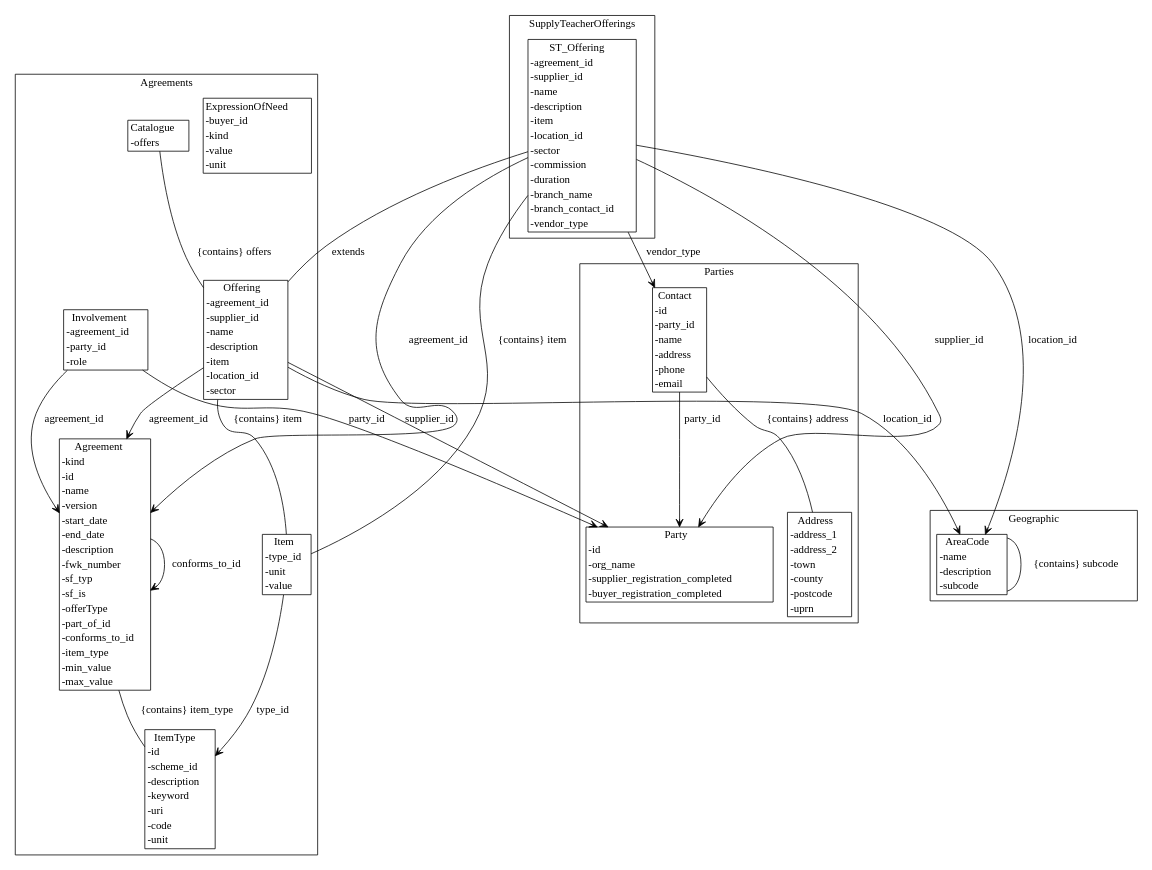
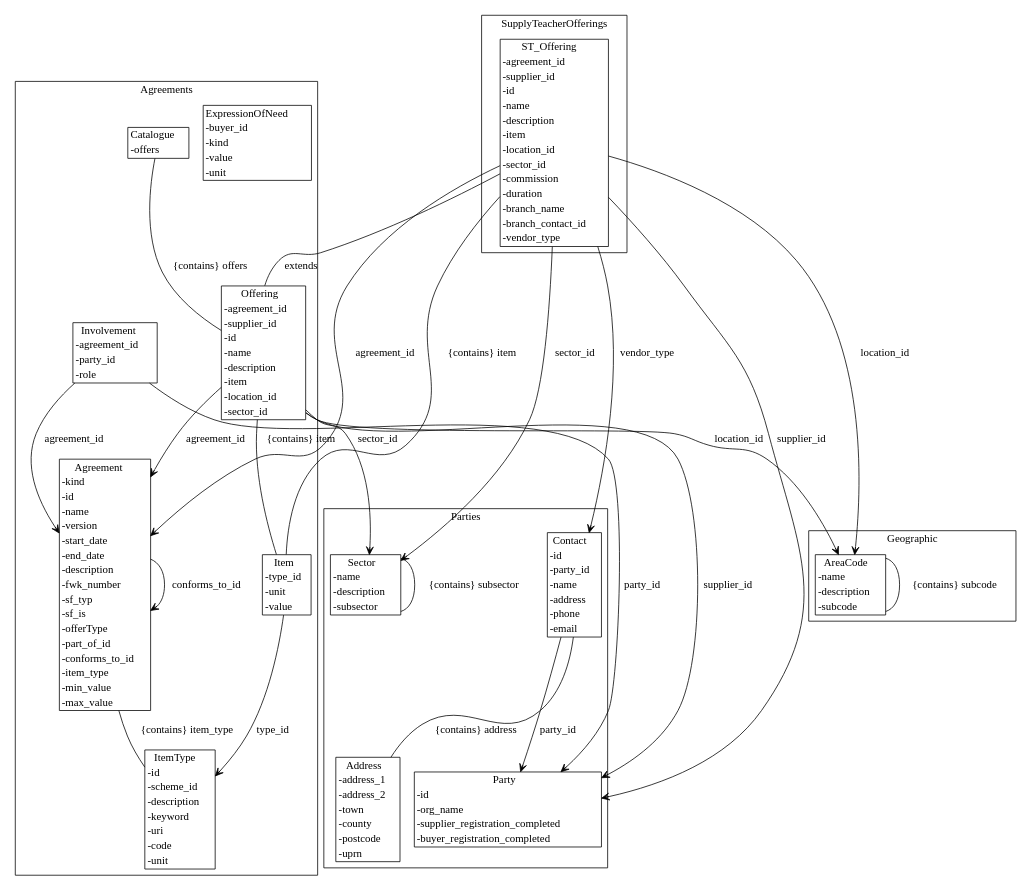
The diagram in agreement-design/gen/diagrams/metamodel.dot (Crown-Commercial-Service/cmp-design-prototype), drawn with Graphviz before and after one commit. The commit also changed 17 other files, not shown here.

```diff
--- a/agreement-design/gen/diagrams/metamodel.dot
+++ b/agreement-design/gen/diagrams/metamodel.dot
@@ -1,51 +1,55 @@
 strict digraph {
 subgraph cluster_Agreements {
 node [shape=plaintext margin=0];
 label=Agreements;
 "ItemType" [label=<<table BORDER="1" CELLBORDER="0" CELLSPACING="0"><TH><TD>ItemType</TD></TH><TR><TD ALIGN="LEFT">-id</TD></TR><TR><TD ALIGN="LEFT">-scheme_id</TD></TR><TR><TD ALIGN="LEFT">-description</TD></TR><TR><TD ALIGN="LEFT">-keyword</TD></TR><TR><TD ALIGN="LEFT">-uri</TD></TR><TR><TD ALIGN="LEFT">-code</TD></TR><TR><TD ALIGN="LEFT">-unit</TD></TR></table>>];
 "ExpressionOfNeed" [label=<<table BORDER="1" CELLBORDER="0" CELLSPACING="0"><TH><TD>ExpressionOfNeed</TD></TH><TR><TD ALIGN="LEFT">-buyer_id</TD></TR><TR><TD ALIGN="LEFT">-kind</TD></TR><TR><TD ALIGN="LEFT">-value</TD></TR><TR><TD ALIGN="LEFT">-unit</TD></TR></table>>];
 "Agreement" [label=<<table BORDER="1" CELLBORDER="0" CELLSPACING="0"><TH><TD>Agreement</TD></TH><TR><TD ALIGN="LEFT">-kind</TD></TR><TR><TD ALIGN="LEFT">-id</TD></TR><TR><TD ALIGN="LEFT">-name</TD></TR><TR><TD ALIGN="LEFT">-version</TD></TR><TR><TD ALIGN="LEFT">-start_date</TD></TR><TR><TD ALIGN="LEFT">-end_date</TD></TR><TR><TD ALIGN="LEFT">-description</TD></TR><TR><TD ALIGN="LEFT">-fwk_number</TD></TR><TR><TD ALIGN="LEFT">-sf_typ</TD></TR><TR><TD ALIGN="LEFT">-sf_is</TD></TR><TR><TD ALIGN="LEFT">-offerType</TD></TR><TR><TD ALIGN="LEFT">-part_of_id</TD></TR><TR><TD ALIGN="LEFT">-conforms_to_id</TD></TR><TR><TD ALIGN="LEFT">-item_type</TD></TR><TR><TD ALIGN="LEFT">-min_value</TD></TR><TR><TD ALIGN="LEFT">-max_value</TD></TR></table>>];
 "Item" [label=<<table BORDER="1" CELLBORDER="0" CELLSPACING="0"><TH><TD>Item</TD></TH><TR><TD ALIGN="LEFT">-type_id</TD></TR><TR><TD ALIGN="LEFT">-unit</TD></TR><TR><TD ALIGN="LEFT">-value</TD></TR></table>>];
-"Offering" [label=<<table BORDER="1" CELLBORDER="0" CELLSPACING="0"><TH><TD>Offering</TD></TH><TR><TD ALIGN="LEFT">-agreement_id</TD></TR><TR><TD ALIGN="LEFT">-supplier_id</TD></TR><TR><TD ALIGN="LEFT">-name</TD></TR><TR><TD ALIGN="LEFT">-description</TD></TR><TR><TD ALIGN="LEFT">-item</TD></TR><TR><TD ALIGN="LEFT">-location_id</TD></TR><TR><TD ALIGN="LEFT">-sector</TD></TR></table>>];
+"Offering" [label=<<table BORDER="1" CELLBORDER="0" CELLSPACING="0"><TH><TD>Offering</TD></TH><TR><TD ALIGN="LEFT">-agreement_id</TD></TR><TR><TD ALIGN="LEFT">-supplier_id</TD></TR><TR><TD ALIGN="LEFT">-id</TD></TR><TR><TD ALIGN="LEFT">-name</TD></TR><TR><TD ALIGN="LEFT">-description</TD></TR><TR><TD ALIGN="LEFT">-item</TD></TR><TR><TD ALIGN="LEFT">-location_id</TD></TR><TR><TD ALIGN="LEFT">-sector_id</TD></TR></table>>];
 "Catalogue" [label=<<table BORDER="1" CELLBORDER="0" CELLSPACING="0"><TH><TD>Catalogue</TD></TH><TR><TD ALIGN="LEFT">-offers</TD></TR></table>>];
 "Involvement" [label=<<table BORDER="1" CELLBORDER="0" CELLSPACING="0"><TH><TD>Involvement</TD></TH><TR><TD ALIGN="LEFT">-agreement_id</TD></TR><TR><TD ALIGN="LEFT">-party_id</TD></TR><TR><TD ALIGN="LEFT">-role</TD></TR></table>>];
 }
 subgraph cluster_Parties {
 node [shape=plaintext margin=0];
 label=Parties;
 "Party" [label=<<table BORDER="1" CELLBORDER="0" CELLSPACING="0"><TH><TD>Party</TD></TH><TR><TD ALIGN="LEFT">-id</TD></TR><TR><TD ALIGN="LEFT">-org_name</TD></TR><TR><TD ALIGN="LEFT">-supplier_registration_completed</TD></TR><TR><TD ALIGN="LEFT">-buyer_registration_completed</TD></TR></table>>];
 "Address" [label=<<table BORDER="1" CELLBORDER="0" CELLSPACING="0"><TH><TD>Address</TD></TH><TR><TD ALIGN="LEFT">-address_1</TD></TR><TR><TD ALIGN="LEFT">-address_2</TD></TR><TR><TD ALIGN="LEFT">-town</TD></TR><TR><TD ALIGN="LEFT">-county</TD></TR><TR><TD ALIGN="LEFT">-postcode</TD></TR><TR><TD ALIGN="LEFT">-uprn</TD></TR></table>>];
 "Contact" [label=<<table BORDER="1" CELLBORDER="0" CELLSPACING="0"><TH><TD>Contact</TD></TH><TR><TD ALIGN="LEFT">-id</TD></TR><TR><TD ALIGN="LEFT">-party_id</TD></TR><TR><TD ALIGN="LEFT">-name</TD></TR><TR><TD ALIGN="LEFT">-address</TD></TR><TR><TD ALIGN="LEFT">-phone</TD></TR><TR><TD ALIGN="LEFT">-email</TD></TR></table>>];
+"Sector" [label=<<table BORDER="1" CELLBORDER="0" CELLSPACING="0"><TH><TD>Sector</TD></TH><TR><TD ALIGN="LEFT">-name</TD></TR><TR><TD ALIGN="LEFT">-description</TD></TR><TR><TD ALIGN="LEFT">-subsector</TD></TR></table>>];
 }
 subgraph cluster_Geographic {
 node [shape=plaintext margin=0];
 label=Geographic;
 "AreaCode" [label=<<table BORDER="1" CELLBORDER="0" CELLSPACING="0"><TH><TD>AreaCode</TD></TH><TR><TD ALIGN="LEFT">-name</TD></TR><TR><TD ALIGN="LEFT">-description</TD></TR><TR><TD ALIGN="LEFT">-subcode</TD></TR></table>>];
 }
 subgraph cluster_SupplyTeacherOfferings {
 node [shape=plaintext margin=0];
 label=SupplyTeacherOfferings;
-"ST_Offering" [label=<<table BORDER="1" CELLBORDER="0" CELLSPACING="0"><TH><TD>ST_Offering</TD></TH><TR><TD ALIGN="LEFT">-agreement_id</TD></TR><TR><TD ALIGN="LEFT">-supplier_id</TD></TR><TR><TD ALIGN="LEFT">-name</TD></TR><TR><TD ALIGN="LEFT">-description</TD></TR><TR><TD ALIGN="LEFT">-item</TD></TR><TR><TD ALIGN="LEFT">-location_id</TD></TR><TR><TD ALIGN="LEFT">-sector</TD></TR><TR><TD ALIGN="LEFT">-commission</TD></TR><TR><TD ALIGN="LEFT">-duration</TD></TR><TR><TD ALIGN="LEFT">-branch_name</TD></TR><TR><TD ALIGN="LEFT">-branch_contact_id</TD></TR><TR><TD ALIGN="LEFT">-vendor_type</TD></TR></table>>];
+"ST_Offering" [label=<<table BORDER="1" CELLBORDER="0" CELLSPACING="0"><TH><TD>ST_Offering</TD></TH><TR><TD ALIGN="LEFT">-agreement_id</TD></TR><TR><TD ALIGN="LEFT">-supplier_id</TD></TR><TR><TD ALIGN="LEFT">-id</TD></TR><TR><TD ALIGN="LEFT">-name</TD></TR><TR><TD ALIGN="LEFT">-description</TD></TR><TR><TD ALIGN="LEFT">-item</TD></TR><TR><TD ALIGN="LEFT">-location_id</TD></TR><TR><TD ALIGN="LEFT">-sector_id</TD></TR><TR><TD ALIGN="LEFT">-commission</TD></TR><TR><TD ALIGN="LEFT">-duration</TD></TR><TR><TD ALIGN="LEFT">-branch_name</TD></TR><TR><TD ALIGN="LEFT">-branch_contact_id</TD></TR><TR><TD ALIGN="LEFT">-vendor_type</TD></TR></table>>];
 }
 "Agreement" -> "Agreement" [label="part_of_id" arrowhead = "open" arrowtail = "none" ];
 "Agreement" -> "Agreement" [label="conforms_to_id" arrowhead = "open" arrowtail = "none" ];
 "Agreement" -> "ItemType" [label="{contains} item_type" arrowhead = "none" arrowtail = "diamond" ];
 "Item" -> "ItemType" [label="type_id" arrowhead = "open" arrowtail = "none" ];
 "Offering" -> "Agreement" [label="agreement_id" arrowhead = "open" arrowtail = "none" ];
 "Offering" -> "Party" [label="supplier_id" arrowhead = "open" arrowtail = "none" ];
 "Offering" -> "Item" [label="{contains} item" arrowhead = "none" arrowtail = "diamond" ];
 "Offering" -> "AreaCode" [label="location_id" arrowhead = "open" arrowtail = "none" ];
+"Offering" -> "Sector" [label="sector_id" arrowhead = "open" arrowtail = "none" ];
 "Catalogue" -> "Offering" [label="{contains} offers" arrowhead = "none" arrowtail = "diamond" ];
 "Involvement" -> "Agreement" [label="agreement_id" arrowhead = "open" arrowtail = "none" ];
 "Involvement" -> "Party" [label="party_id" arrowhead = "open" arrowtail = "none" ];
 "Contact" -> "Party" [label="party_id" arrowhead = "open" arrowtail = "none" ];
 "Contact" -> "Address" [label="{contains} address" arrowhead = "none" arrowtail = "diamond" ];
+"Sector" -> "Sector" [label="{contains} subsector" arrowhead = "none" arrowtail = "diamond" ];
 "AreaCode" -> "AreaCode" [label="{contains} subcode" arrowhead = "none" arrowtail = "diamond" ];
 "ST_Offering" -> "Offering" [label="extends" arrowhead = "none" arrowtail = "normal" ];
 "ST_Offering" -> "Agreement" [label="agreement_id" arrowhead = "open" arrowtail = "none" ];
 "ST_Offering" -> "Party" [label="supplier_id" arrowhead = "open" arrowtail = "none" ];
 "ST_Offering" -> "Item" [label="{contains} item" arrowhead = "none" arrowtail = "diamond" ];
 "ST_Offering" -> "AreaCode" [label="location_id" arrowhead = "open" arrowtail = "none" ];
+"ST_Offering" -> "Sector" [label="sector_id" arrowhead = "open" arrowtail = "none" ];
 "ST_Offering" -> "Contact" [label="branch_contact_id" arrowhead = "open" arrowtail = "none" ];
 "ST_Offering" -> "Contact" [label="vendor_type" arrowhead = "open" arrowtail = "none" ];
 }
```
